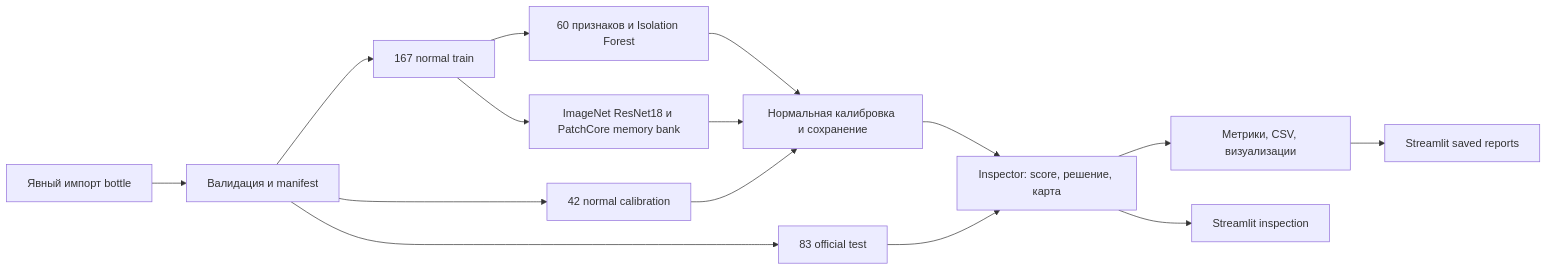
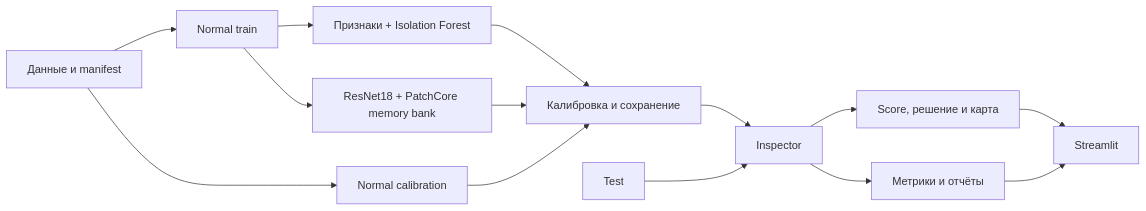
The diagram in README.md (FoigelVladimir/qualityPilot-Lite), drawn with Mermaid before and after one commit. The commit also changed other lines of this file and 15 other files, not shown here.

````diff
--- a/README.md
+++ b/README.md
@@ -167,17 +85,16 @@
 ```mermaid
 flowchart LR
-    D[Явный импорт bottle] --> P[Валидация и manifest]
-    P --> T[167 normal train]
-    P --> C[42 normal calibration]
-    P --> E[83 official test]
-    T --> B[60 признаков и Isolation Forest]
-    T --> M[ImageNet ResNet18 и PatchCore memory bank]
-    B --> K[Нормальная калибровка и сохранение]
-    M --> K
+    D[Данные и manifest] --> T[Normal train]
+    D --> C[Normal calibration]
+    T --> B[Признаки + Isolation Forest]
+    T --> P[ResNet18 + PatchCore memory bank]
+    B --> K[Калибровка и сохранение]
+    P --> K
     C --> K
-    K --> I[Inspector: score, решение, карта]
-    E --> I
-    I --> R[Метрики, CSV, визуализации]
-    I --> U[Streamlit inspection]
-    R --> V[Streamlit saved reports]
+    K --> I[Inspector]
+    E[Test] --> I
+    I --> U[Score, решение и карта]
+    I --> R[Метрики и отчёты]
+    U --> S[Streamlit]
+    R --> S
 ```
````
